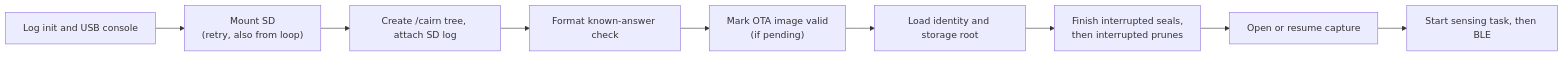
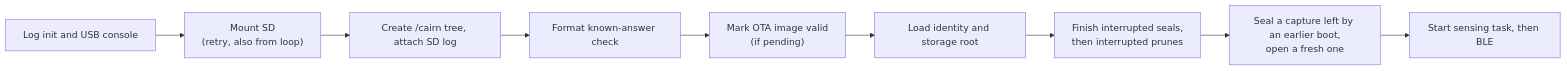
The third of 16 diagrams in README.md (ParkWardRR/cairn-esp32-device-firmware), drawn with Mermaid before and after one commit. The commit also changed other lines of this file and 3 other files, not shown here.

````diff
--- a/README.md
+++ b/README.md
@@ -198,11 +212,11 @@
 ```mermaid
 flowchart LR
     a["Log init and USB console"] --> b["Mount SD<br/>(retry, also from loop)"]
     b --> c["Create /cairn tree, attach SD log"]
     c --> d["Format known-answer check"]
     d --> e["Mark OTA image valid<br/>(if pending)"]
     e --> f["Load identity and storage root"]
     f --> g["Finish interrupted seals,<br/>then interrupted prunes"]
-    g --> h["Open or resume capture"]
+    g --> h["Seal a capture left by an earlier boot,<br/>open a fresh one"]
     h --> i["Start sensing task, then BLE"]
 ```
````
